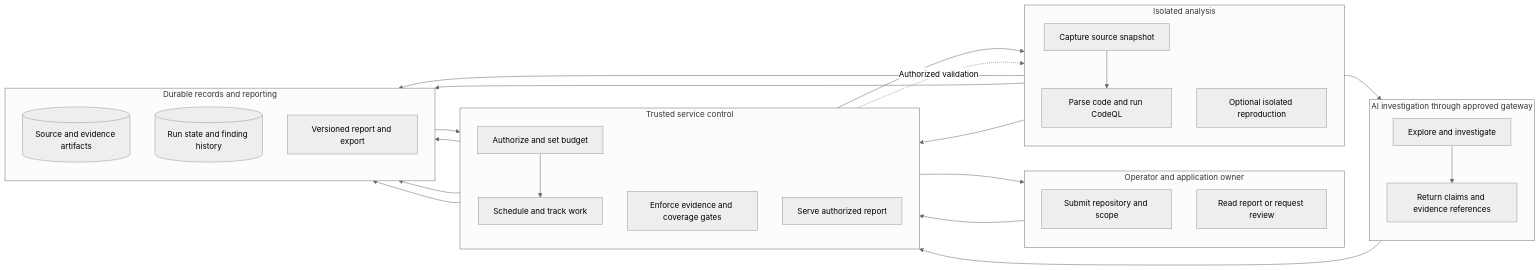
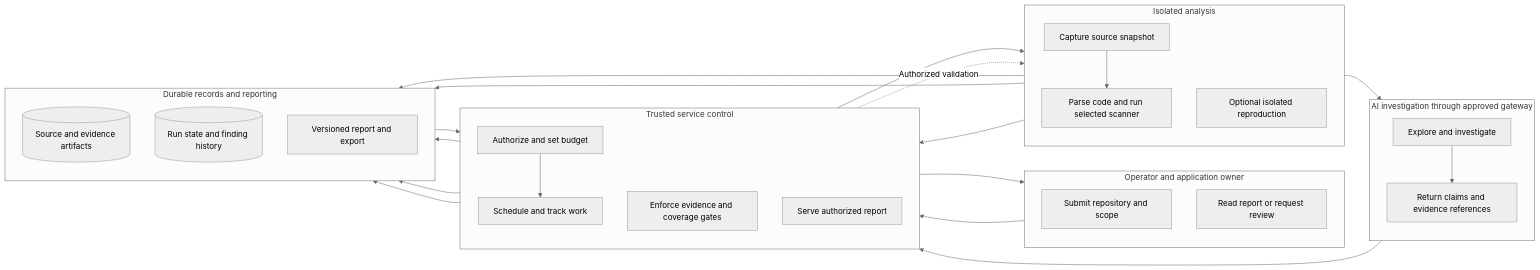
Before and after one commit to erickikunda/traceproof: the third of 13 diagrams in docs/architecture/system-design.md, drawn with Mermaid (neutral theme). The commit also changed other lines of this file and 37 other files, not shown here.

````diff
--- a/docs/architecture/system-design.md
+++ b/docs/architecture/system-design.md
@@ -37,40 +132,40 @@
 ```mermaid
 flowchart LR
     subgraph L1[Operator and application owner]
         direction TB
         A[Submit repository and scope]
         Z[Read report or request review]
     end
     subgraph L2[Trusted service control]
         direction TB
         B[Authorize and set budget]
         C[Schedule and track work]
         H[Enforce evidence and coverage gates]
         J[Serve authorized report]
     end
     subgraph L3[Isolated analysis]
         direction TB
         D[Capture source snapshot]
-        E[Parse code and run CodeQL]
+        E[Parse code and run selected scanner]
         V[Optional isolated reproduction]
     end
     subgraph L4[AI investigation through approved gateway]
         direction TB
         F[Explore and investigate]
         G[Return claims and evidence references]
     end
     subgraph L5[Durable records and reporting]
         direction TB
         S[(Source and evidence artifacts)]
         P[(Run state and finding history)]
         Q[Versioned report and export]
     end
     A --> B --> C --> D --> E --> F --> G --> H
     D --> S
     E --> S
     C --> P
     H --> P
     H --> Q --> J --> Z
     H -. Authorized validation .-> V
     V --> H
 ```
````
